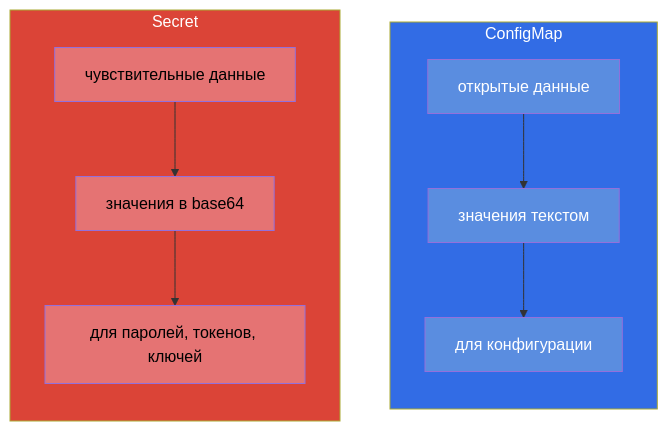
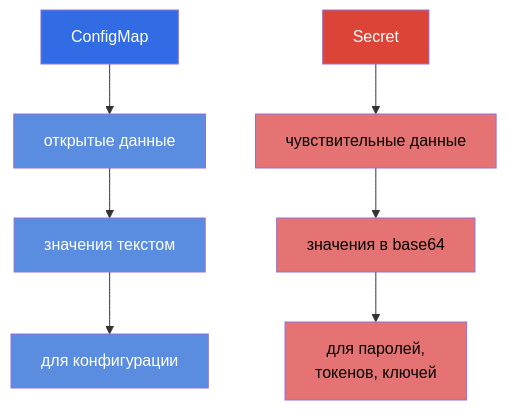
Before and after one commit to ViktorUJ/cks: the first of 4 diagrams in tasks/cka/course/19/ru.md, drawn with Mermaid. The commit also changed other lines of this file, not shown here.

````diff
--- a/tasks/cka/course/19/ru.md
+++ b/tasks/cka/course/19/ru.md
@@ -14,19 +14,13 @@
 ```mermaid
 flowchart TB
-    subgraph CM["ConfigMap"]
-        direction TB
-        c1["открытые данные"] --> c2["значения текстом"] --> c3["для конфигурации"]
-    end
-    subgraph SEC["Secret"]
-        direction TB
-        s1["чувствительные данные"] --> s2["значения в base64"] --> s3["для паролей, токенов, ключей"]
-    end
-    style CM fill:#326ce5,color:#fff
-    style SEC fill:#db4437,color:#fff
+    c0["ConfigMap"] --> c1["открытые данные"] --> c2["значения текстом"] --> c3["для конфигурации"]
+    s0["Secret"] --> s1["чувствительные данные"] --> s2["значения в base64"] --> s3["для паролей,<br>токенов, ключей"]
+    style c0 fill:#326ce5,color:#fff
+    style s0 fill:#db4437,color:#fff
     style c1 fill:#5a8de0,color:#fff
     style c2 fill:#5a8de0,color:#fff
     style c3 fill:#5a8de0,color:#fff
     style s1 fill:#e57373,color:#000
     style s2 fill:#e57373,color:#000
     style s3 fill:#e57373,color:#000
 ```
````
